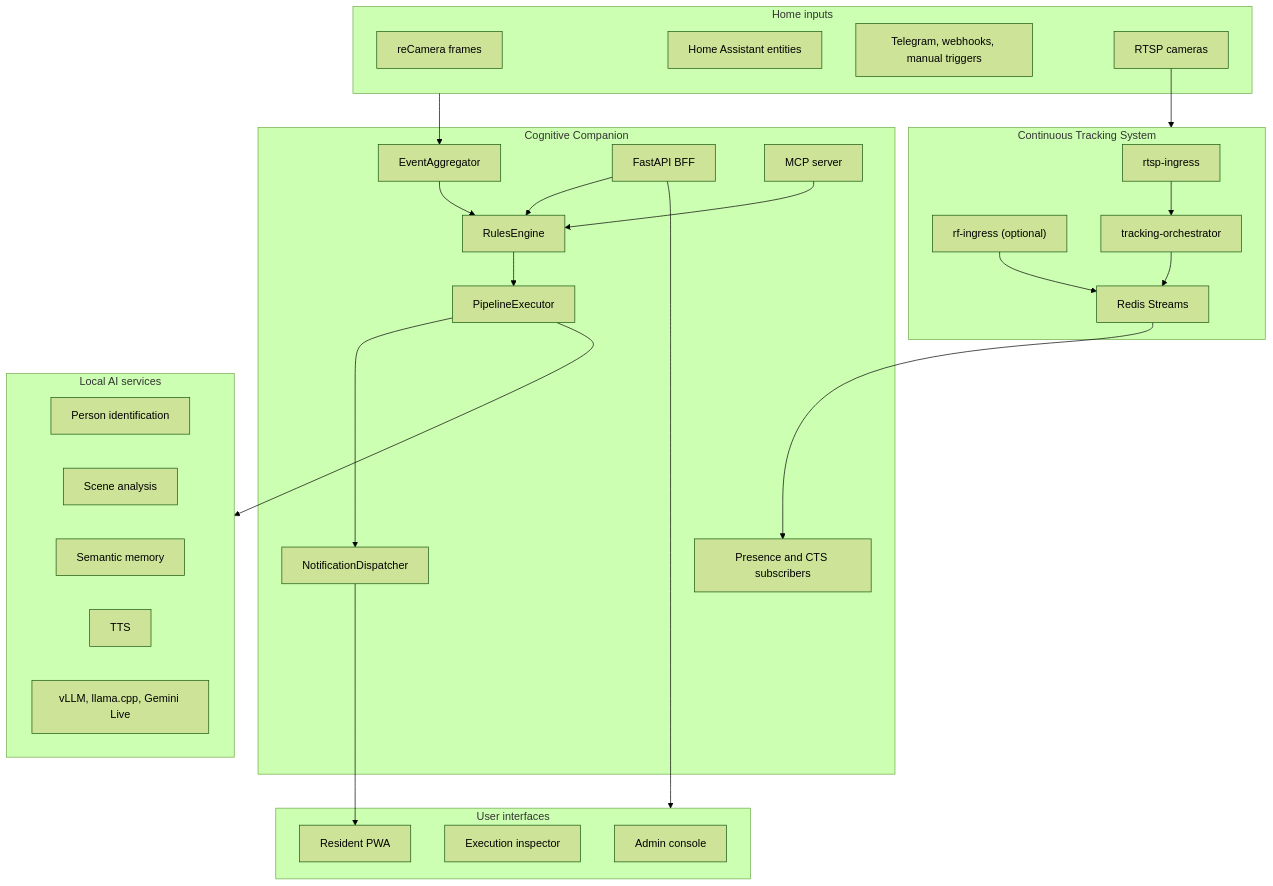
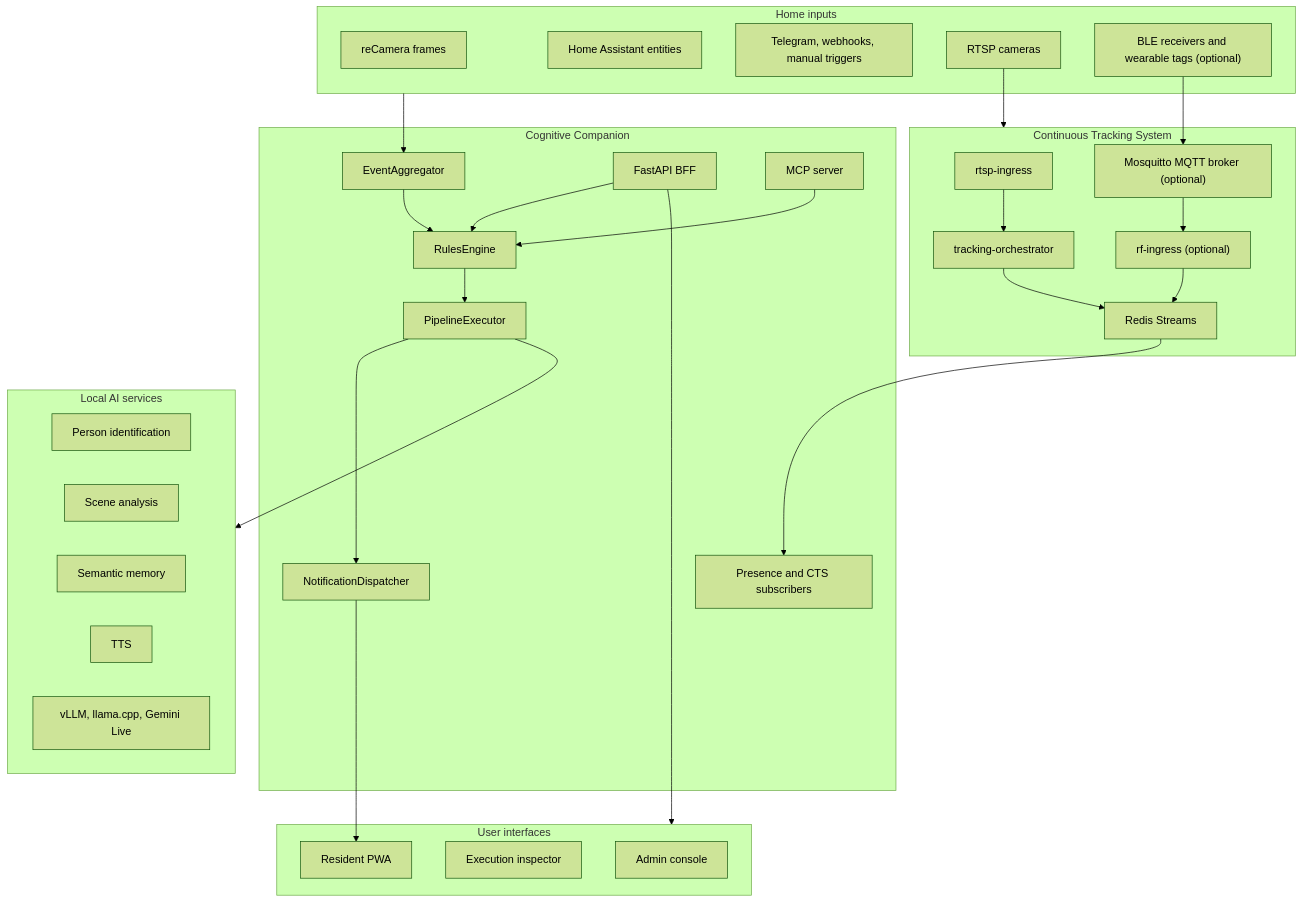
One commit to SilverMind-Project/SilverMind-Project.github.io changed the diagram in docs/guide/architecture.md. Above: the diagram before and after it, drawn with Mermaid (forest theme). The commit also changed other lines of this file and 4 other files, not shown here.

Commit message:
docs(wearables): document BLE beacons, ESP32 room receivers, Mosquitto broker, and privacy posture

````diff
--- a/docs/guide/architecture.md
+++ b/docs/guide/architecture.md
@@ -7,52 +7,55 @@
 ```mermaid
 flowchart TB
     subgraph Edge["Home inputs"]
         reCamera["reCamera frames"]
         HA["Home Assistant entities"]
         Telegram["Telegram, webhooks, manual triggers"]
         RTSP["RTSP cameras"]
+        RfNodes["BLE receivers and wearable tags (optional)"]
     end
 
     subgraph CTS["Continuous Tracking System"]
         Ingress["rtsp-ingress"]
+        Mqtt["Mosquitto MQTT broker (optional)"]
         RfIngress["rf-ingress (optional)"]
         Orchestrator["tracking-orchestrator"]
         Streams["Redis Streams"]
         Ingress --> Orchestrator --> Streams
-        RfIngress --> Streams
+        Mqtt --> RfIngress --> Streams
     end
 
     subgraph CC["Cognitive Companion"]
         Aggregator["EventAggregator"]
         Rules["RulesEngine"]
         Executor["PipelineExecutor"]
         Presence["Presence and CTS subscribers"]
         Dispatcher["NotificationDispatcher"]
         API["FastAPI BFF"]
         MCP["MCP server"]
         Aggregator --> Rules --> Executor --> Dispatcher
         Streams --> Presence
         API --> Rules
         MCP --> Rules
     end
 
     subgraph UI["User interfaces"]
         Admin["Admin console"]
         Executions["Execution inspector"]
         Companion["Resident PWA"]
     end
 
     subgraph Services["Local AI services"]
         PersonID["Person identification"]
         Scene["Scene analysis"]
         Memory["Semantic memory"]
         TTS["TTS"]
         LLM["vLLM, llama.cpp, Gemini Live"]
     end
 
     Edge --> Aggregator
     RTSP --> CTS
+    RfNodes --> Mqtt
     Executor --> Services
     Dispatcher --> Companion
     API --> UI
 ```
````
